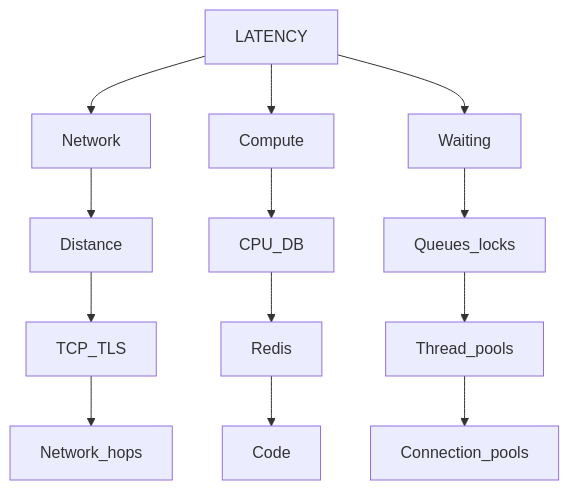
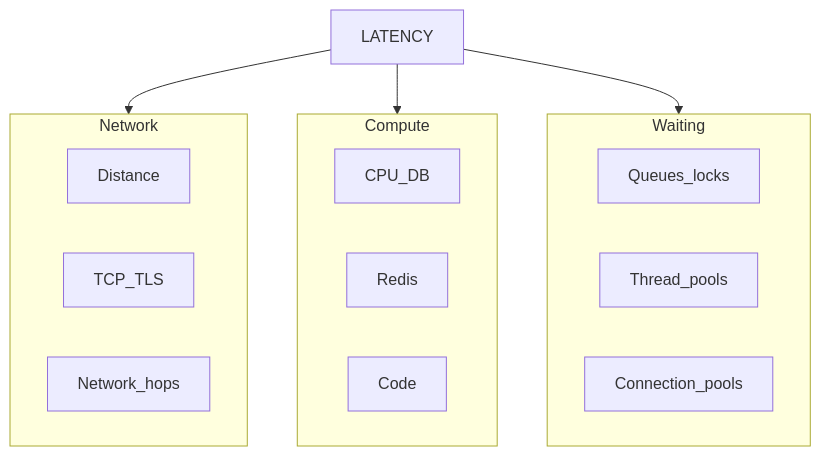
Before and after one commit to vineeshchauhan/System-Design: the second of 2 diagrams in System-Design-Concepts.md, drawn with Mermaid.

````diff
--- a/System-Design-Concepts.md
+++ b/System-Design-Concepts.md
@@ -176,6 +176,24 @@
 ```mermaid
 flowchart TD
-    LATENCY --> Network --> Distance --> TCP_TLS --> Network_hops
-    LATENCY --> Compute --> CPU_DB --> Redis --> Code
-    LATENCY --> Waiting --> Queues_locks --> Thread_pools --> Connection_pools
+    LATENCY --> Network
+    LATENCY --> Compute
+    LATENCY --> Waiting
+
+    subgraph Network
+        Distance
+        TCP_TLS
+        Network_hops
+    end
+
+    subgraph Compute
+        CPU_DB
+        Redis
+        Code
+    end
+
+    subgraph Waiting
+        Queues_locks
+        Thread_pools
+        Connection_pools
+    end
 ```
````
